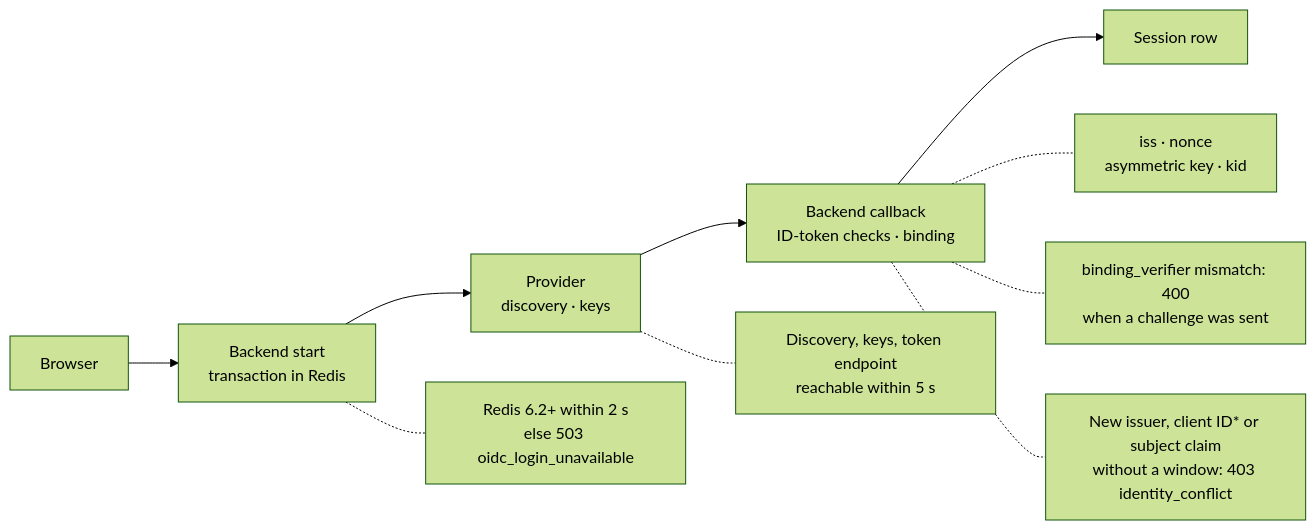
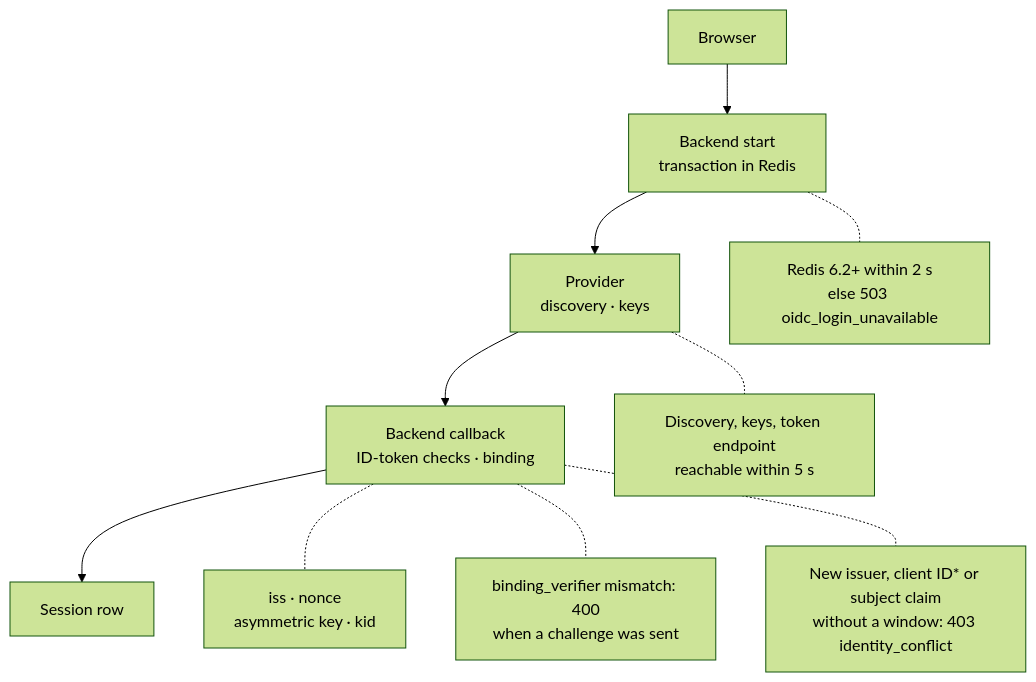
One commit to eneo-ai/eneo changed the diagram in frontend/apps/docs-site/src/content/guides/upgrade-notes.mdx. Above: the diagram before and after it, drawn with Mermaid (forest theme). The commit also changed 3 other files, not shown here.

First line of the commit message:
docs(retention, upgrade): lay the diagrams out top to bottom so they read at page width

````diff
--- a/frontend/apps/docs-site/src/content/guides/upgrade-notes.mdx
+++ b/frontend/apps/docs-site/src/content/guides/upgrade-notes.mdx
@@ -34,14 +34,14 @@
 ```mermaid
-flowchart LR
+flowchart TB
   accTitle: OIDC sign-in after the upgrade
   accDescr: The browser starts sign-in at the backend, which keeps the transaction in Redis; the provider gives discovery and keys; the backend callback checks the ID token and the binding and writes a session row. Sign-in stops when Redis is not 6.2 or newer or does not answer within 2 seconds, when discovery, keys or the token endpoint are not reachable within 5 seconds, when iss, nonce, an asymmetric key or kid fail, when binding_verifier does not match, or when a new issuer, client ID or subject claim arrives without a window.
   browser["Browser"] --> start["Backend start\ntransaction in Redis"]
   start --> provider["Provider\ndiscovery · keys"]
   provider --> callback["Backend callback\nID-token checks · binding"]
   callback --> session["Session row"]
   start -.- redis["Redis 6.2+ within 2 s\nelse 503 oidc_login_unavailable"]
   provider -.- reach["Discovery, keys, token endpoint\nreachable within 5 s"]
   callback -.- token["iss · nonce\nasymmetric key · kid"]
   callback -.- verifier["binding_verifier mismatch: 400\nwhen a challenge was sent"]
   callback -.- conflict["New issuer, client ID* or subject claim\nwithout a window: 403 identity_conflict"]
 ```
````
